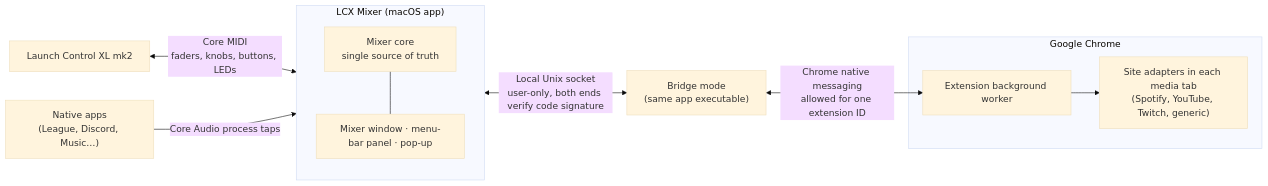
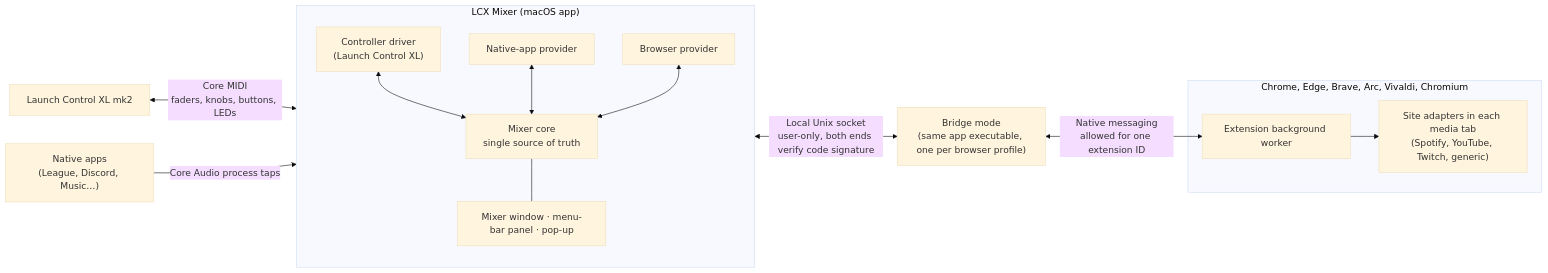
Before and after one commit to Blazenkoo/lcx-mixer: the diagram in docs/SPEC.md, drawn with Mermaid (base theme). The commit also changed other lines of this file and 23 other files, not shown here.

Commit message:
v2 stages 1-2: providers and drivers, Chromium browsers, mute list, microphone mute on Solo, Twitch slider, native-app LEDs

````diff
--- a/docs/SPEC.md
+++ b/docs/SPEC.md
@@ -48,19 +50,25 @@
 ```mermaid
 flowchart LR
-    LCXL["Launch Control XL mk2"] <-->|"Core MIDI<br/>faders, knobs, buttons, LEDs"| APP
-    NATIVE["Native apps<br/>(League, Discord, Music…)"] -->|"Core Audio process taps"| APP
+    LCXL["Launch Control XL mk2"] <-->|"Core MIDI<br/>faders, knobs, buttons, LEDs"| DRIVER
+    NATIVE["Native apps<br/>(League, Discord, Music…)"] -->|"Core Audio process taps"| NATIVEP
 
     subgraph APP["LCX Mixer (macOS app)"]
         direction TB
+        DRIVER["Controller driver<br/>(Launch Control XL)"]
+        NATIVEP["Native-app provider"]
+        BROWSERP["Browser provider"]
         CORE["Mixer core<br/>single source of truth"]
         UI["Mixer window · menu-bar panel · pop-up"]
+        DRIVER <--> CORE
+        NATIVEP <--> CORE
+        BROWSERP <--> CORE
         CORE --- UI
     end
 
-    APP <-->|"Local Unix socket<br/>user-only, both ends verify code signature"| BRIDGE["Bridge mode<br/>(same app executable)"]
-    BRIDGE <-->|"Chrome native messaging<br/>allowed for one extension ID"| EXT
+    BROWSERP <-->|"Local Unix socket<br/>user-only, both ends verify code signature"| BRIDGE["Bridge mode<br/>(same app executable, one per browser profile)"]
+    BRIDGE <-->|"Native messaging<br/>allowed for one extension ID"| EXT
 
-    subgraph CHROME["Google Chrome"]
+    subgraph BROWSER["Chrome, Edge, Brave, Arc, Vivaldi, Chromium"]
         EXT["Extension background worker"] --> ADAPT["Site adapters in each media tab<br/>(Spotify, YouTube, Twitch, generic)"]
     end
 ```
````
